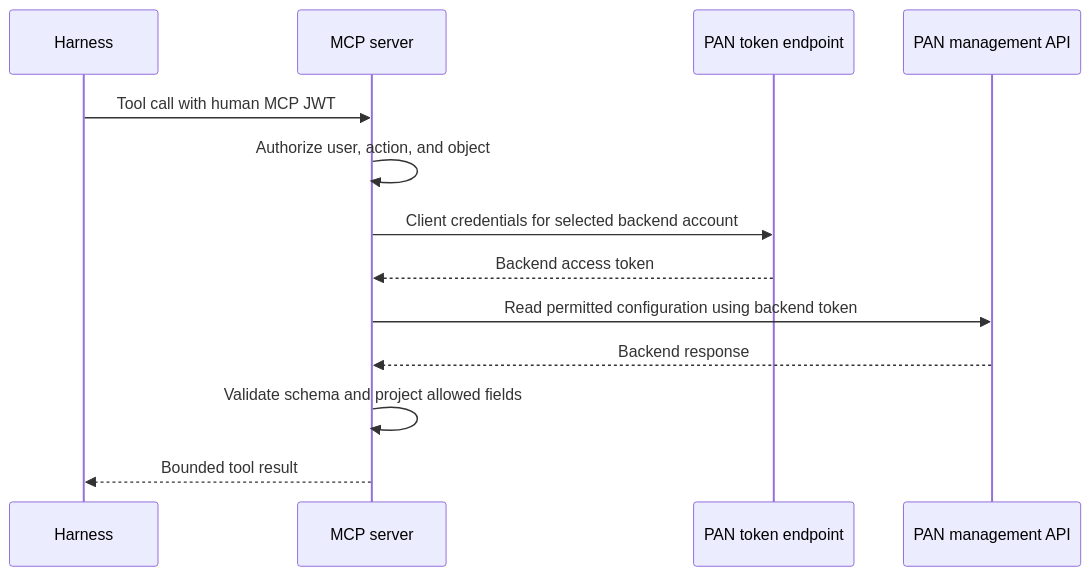
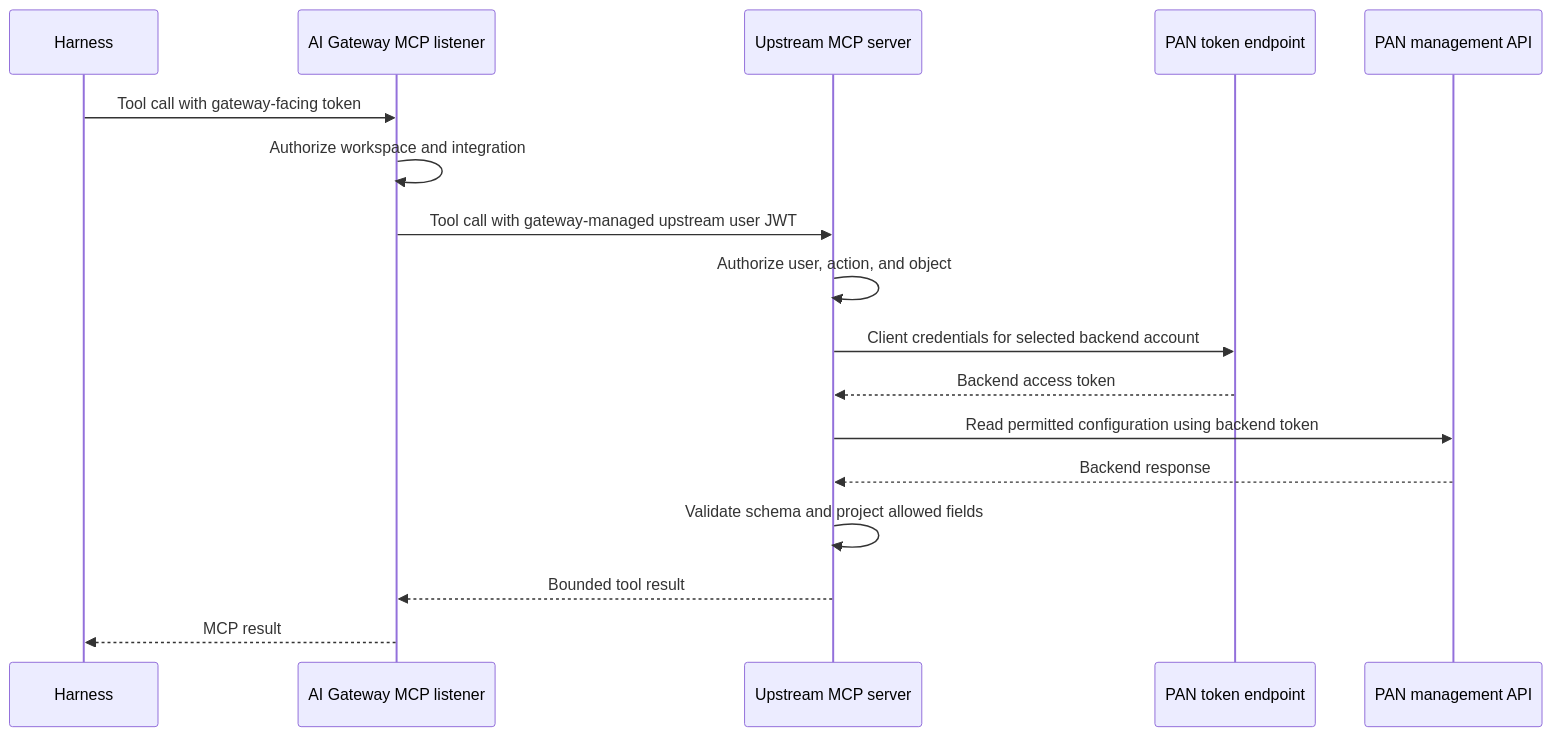
One commit to cdot65/prisma-airs-reference-architecture changed the second of 2 diagrams in docs/mcp.md. Above: the diagram before and after it, drawn with Mermaid. The commit also changed other lines of this file and 15 other files, not shown here.

Commit message:
Align all lessons and labs with required gateway MCP and alpha14 status

````diff
--- a/docs/mcp.md
+++ b/docs/mcp.md
@@ -49,17 +49,21 @@
 ```mermaid
 sequenceDiagram
     accTitle: Separate human and backend credentials
-    accDescr: The harness presents a human MCP token. The server authorizes it, obtains its own PAN service-account token when needed, reads the backend, and projects a safe result.
+    accDescr: The harness calls the gateway with its gateway token. The gateway forwards the call with its upstream user token. The resource server uses separate PAN credentials for the backend read.
     participant harness as Harness
-    participant mcp as MCP server
+    participant gateway as AI Gateway MCP listener
+    participant mcp as Upstream MCP server
     participant panAuth as PAN token endpoint
     participant panApi as PAN management API
-    harness->>mcp: Tool call with human MCP JWT
+    harness->>gateway: Tool call with gateway-facing token
+    gateway->>gateway: Authorize workspace and integration
+    gateway->>mcp: Tool call with gateway-managed upstream user JWT
     mcp->>mcp: Authorize user, action, and object
     mcp->>panAuth: Client credentials for selected backend account
     panAuth-->>mcp: Backend access token
     mcp->>panApi: Read permitted configuration using backend token
     panApi-->>mcp: Backend response
     mcp->>mcp: Validate schema and project allowed fields
-    mcp-->>harness: Bounded tool result
+    mcp-->>gateway: Bounded tool result
+    gateway-->>harness: MCP result
 ```
````
